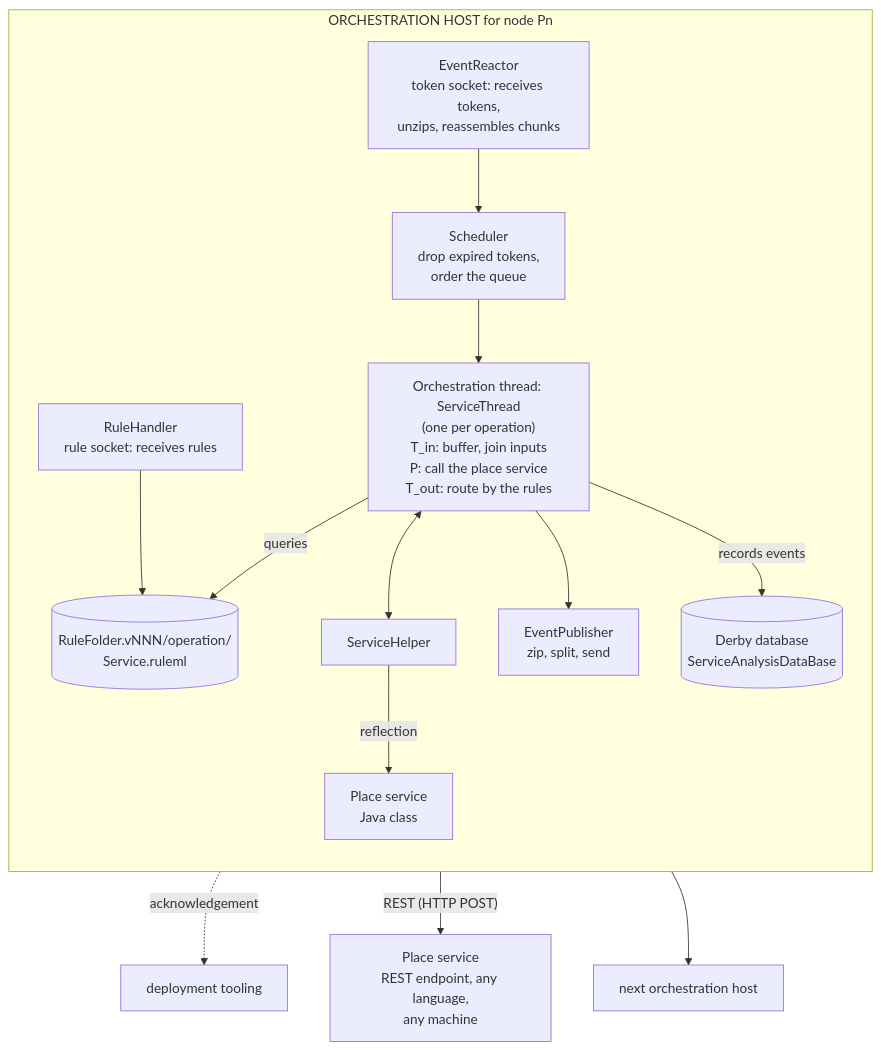
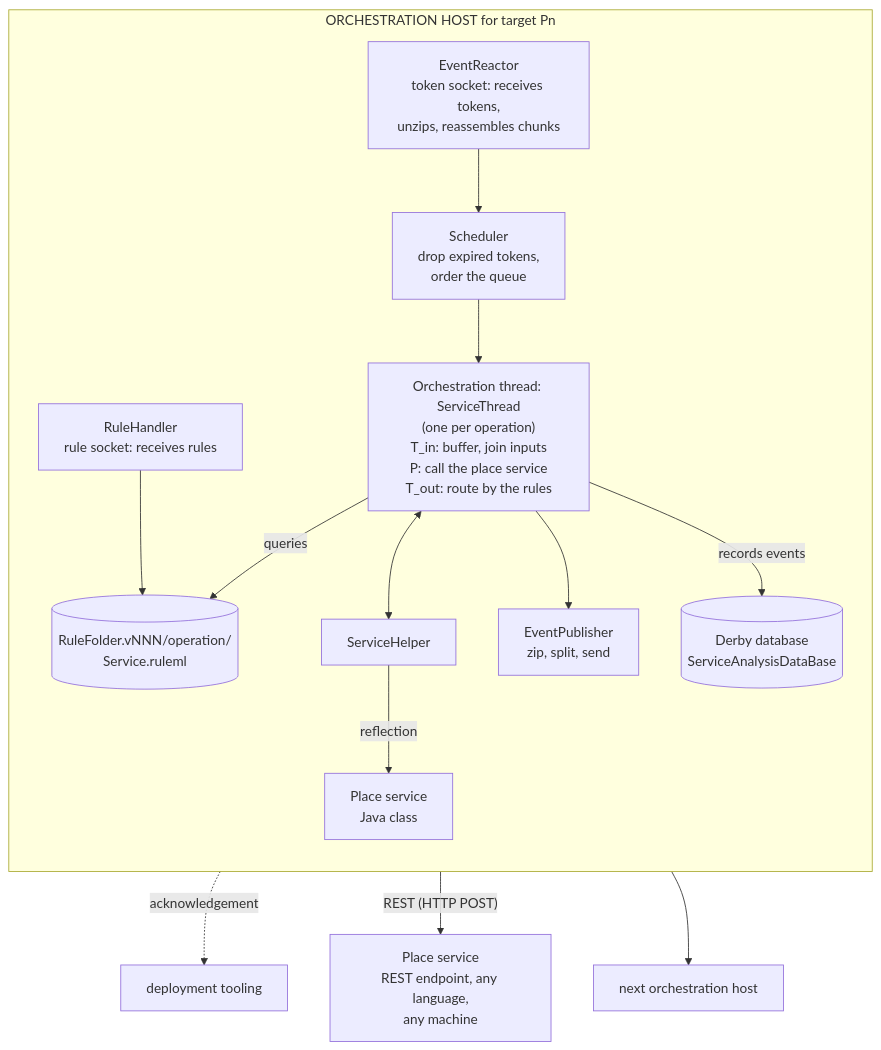
One commit to AlexanderAdelAU/Rule-Propagated-Service-Orchestration changed the third of 5 diagrams in Architecture.md. Above: the diagram before and after it, drawn with Mermaid. The commit also changed other lines of this file, not shown here.

Commit message:
Align architecture terms: logical Petri-net Nodes and deployed host targets

````diff
--- a/Architecture.md
+++ b/Architecture.md
@@ -98,24 +118,24 @@
 ```mermaid
 flowchart TB
-    subgraph Host["ORCHESTRATION HOST for node Pn"]
+    subgraph Host["ORCHESTRATION HOST for target Pn"]
         direction TB
         RH["RuleHandler<br/>rule socket: receives rules"]
         RF[("RuleFolder.vNNN/operation/<br/>Service.ruleml")]
         ER["EventReactor<br/>token socket: receives tokens,<br/>unzips, reassembles chunks"]
         SC["Scheduler<br/>drop expired tokens,<br/>order the queue"]
         ST["Orchestration thread: ServiceThread<br/>(one per operation)<br/>T_in: buffer, join inputs<br/>P: call the place service<br/>T_out: route by the rules"]
         SH["ServiceHelper"]
         JS["Place service<br/>Java class"]
         EP["EventPublisher<br/>zip, split, send"]
         DB[("Derby database<br/>ServiceAnalysisDataBase")]
     end
     RH --> RF
     RH -. "acknowledgement" .-> ACK["deployment tooling"]
     ER --> SC --> ST
     ST <--> SH
     SH -- "reflection" --> JS
     SH -- "REST (HTTP POST)" --> RS["Place service<br/>REST endpoint, any language,<br/>any machine"]
     ST -- "queries" --> RF
     ST --> EP --> NEXT["next orchestration host"]
     ST -- "records events" --> DB
 ```
````
